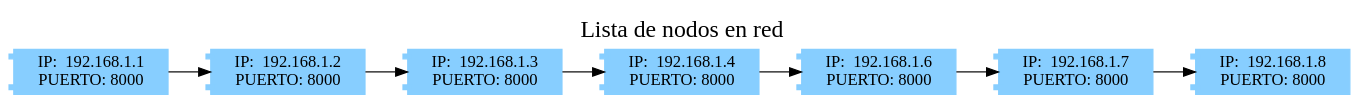
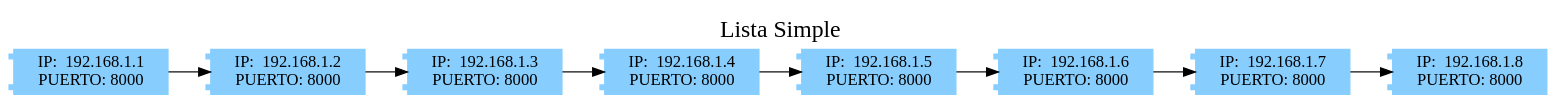
The diagram in Proyecto No 2/ListaSimple.dot (JoseMorente98/EDD-Proyecto-2), drawn with Graphviz before and after one commit. The commit also changed 27 other files, not shown here.

```diff
--- a/Proyecto No 2/ListaSimple.dot
+++ b/Proyecto No 2/ListaSimple.dot
@@ -1,18 +1,20 @@
 digraph grafica{
-graph[label="Lista de nodos en red", labelloc=t, fontsize=20, compound=true];
+graph[label="Lista Simple", labelloc=t, fontsize=20, compound=true];
 rankdir = LR;
 node [shape=component, fontcolor = black, style = filled, color = skyblue1];
 splines=false; Nodo0 [label ="IP:  192.168.1.1\nPUERTO: 8000 "]
 Nodo1 [label ="IP:  192.168.1.2\nPUERTO: 8000 "]
 Nodo2 [label ="IP:  192.168.1.3\nPUERTO: 8000 "]
 Nodo3 [label ="IP:  192.168.1.4\nPUERTO: 8000 "]
-Nodo4 [label ="IP:  192.168.1.6\nPUERTO: 8000 "]
-Nodo5 [label ="IP:  192.168.1.7\nPUERTO: 8000 "]
-Nodo6 [label ="IP:  192.168.1.8\nPUERTO: 8000 "]
+Nodo4 [label ="IP:  192.168.1.5\nPUERTO: 8000 "]
+Nodo5 [label ="IP:  192.168.1.6\nPUERTO: 8000 "]
+Nodo6 [label ="IP:  192.168.1.7\nPUERTO: 8000 "]
+Nodo7 [label ="IP:  192.168.1.8\nPUERTO: 8000 "]
 Nodo0->Nodo1
 Nodo1->Nodo2
 Nodo2->Nodo3
 Nodo3->Nodo4
 Nodo4->Nodo5
 Nodo5->Nodo6
+Nodo6->Nodo7
 }
```
